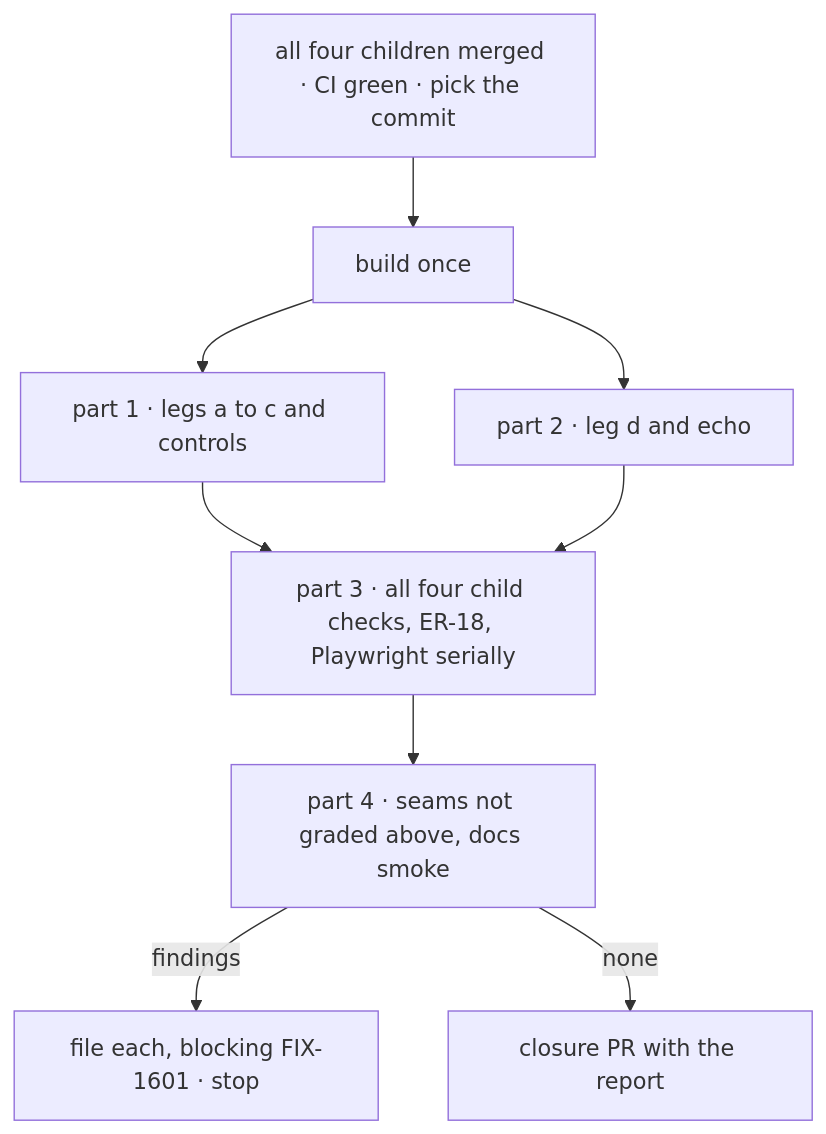
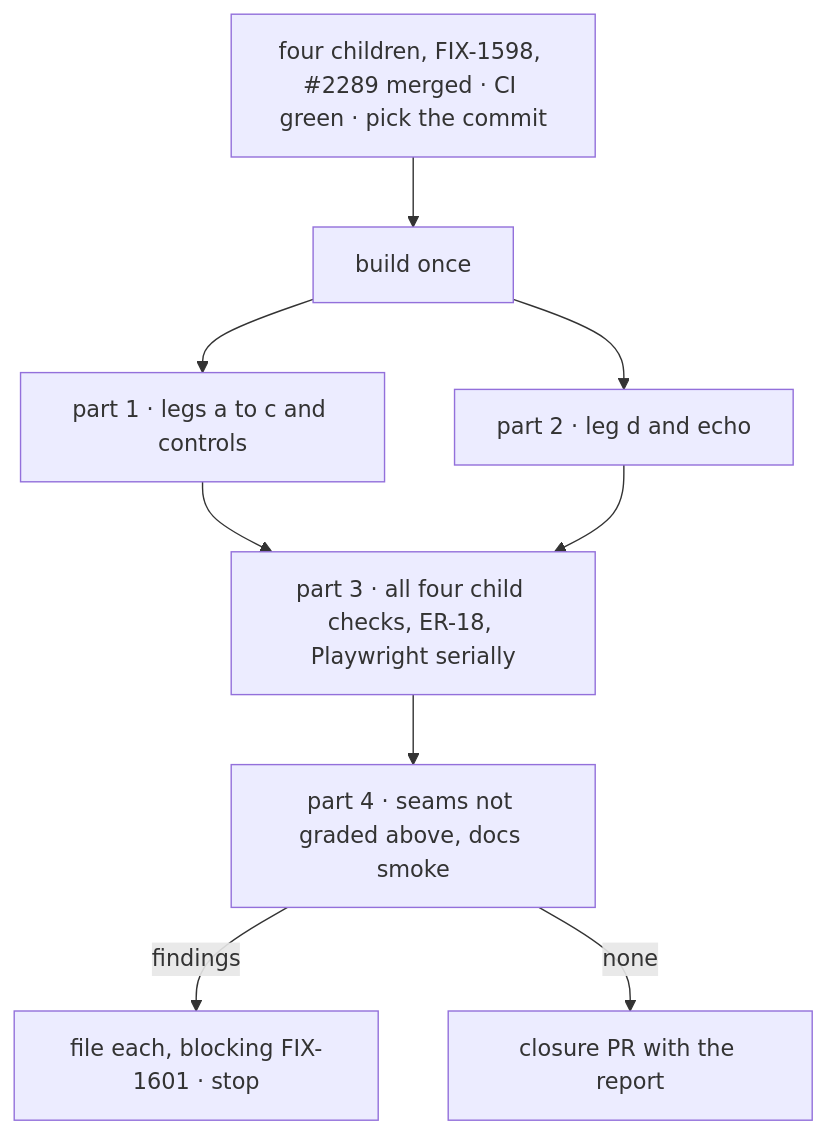
The diagram in specs/issues/FIX-1601/PLAN.md (fixpoint-labs/flow-state-dev), drawn with Mermaid before and after one commit. The commit also changed other lines of this file and 4 other files, not shown here.

````diff
--- a/specs/issues/FIX-1601/PLAN.md
+++ b/specs/issues/FIX-1601/PLAN.md
@@ -18,11 +19,11 @@
 ```mermaid
 flowchart TD
-  M["all four children merged · CI green · pick the commit"] --> B["build once"]
+  M["four children, FIX-1598, #2289 merged · CI green · pick the commit"] --> B["build once"]
   B --> P1["part 1 · legs a to c and controls"]
   B --> P2["part 2 · leg d and echo"]
   P1 --> P3["part 3 · all four child checks, ER-18, Playwright serially"]
   P2 --> P3
   P3 --> P4["part 4 · seams not graded above, docs smoke"]
   P4 -->|"findings"| F["file each, blocking FIX-1601 · stop"]
   P4 -->|"none"| PR["closure PR with the report"]
 ```
````
